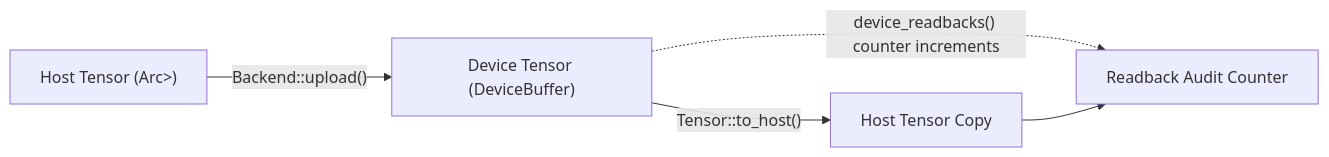
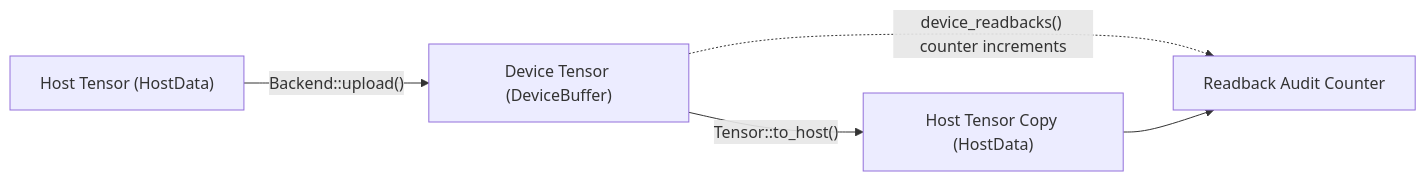
Before and after one commit to bharathvbcr/ojas: the fourth of 4 diagrams in ojas-core/README.md, drawn with Mermaid. The commit also changed other lines of this file and 18 other files, not shown here.

````diff
--- a/ojas-core/README.md
+++ b/ojas-core/README.md
@@ -146,7 +149,7 @@
 ```mermaid
 flowchart LR
-    HostMem["Host Tensor (Arc<Vec<u8>>)"] -->|"Backend::upload()"| DeviceMem["Device Tensor (DeviceBuffer)"]
-    DeviceMem -->|"Tensor::to_host()"| HostCopy["Host Tensor Copy"]
+    HostMem["Host Tensor (HostData)"] -->|"Backend::upload()"| DeviceMem["Device Tensor (DeviceBuffer)"]
+    DeviceMem -->|"Tensor::to_host()"| HostCopy["Host Tensor Copy (HostData)"]
     DeviceMem -.->|"device_readbacks() counter increments"| Counter["Readback Audit Counter"]
     HostCopy --> Counter
 ```
````
